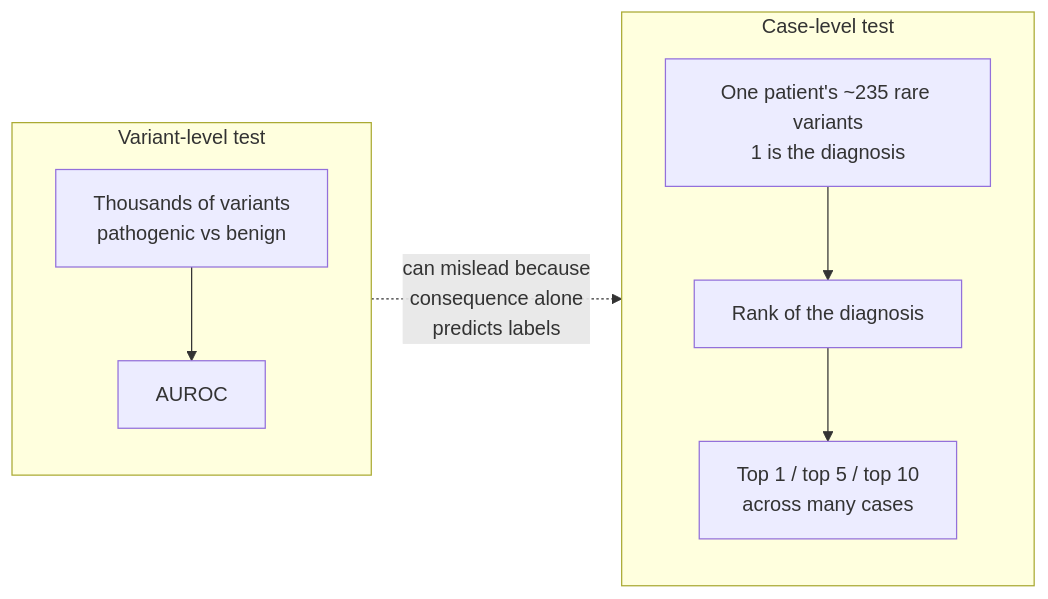
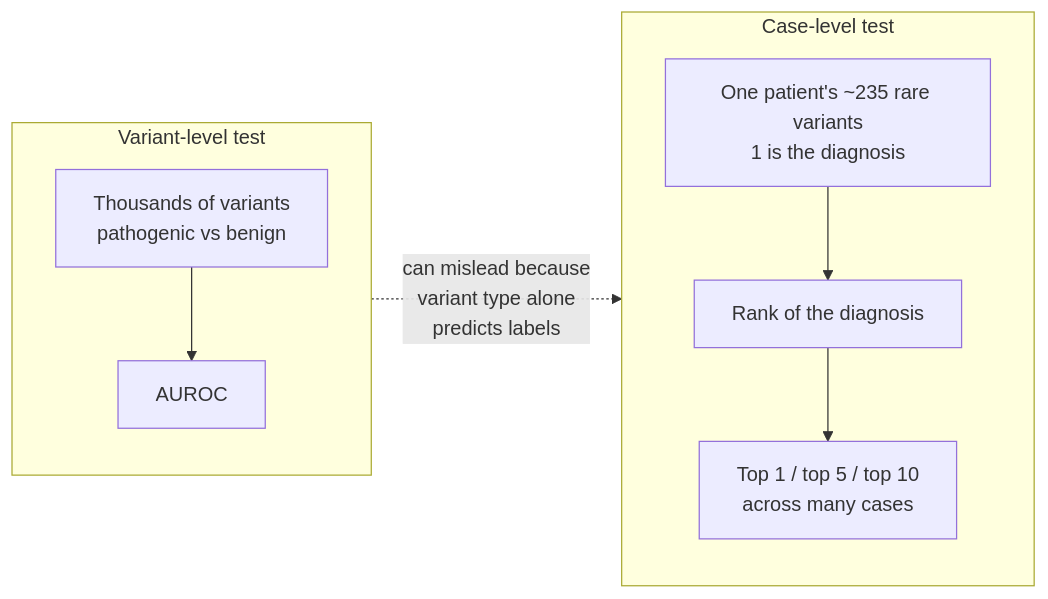
Before and after one commit to rewire-bio/amp-2026-studies: the fourth of 16 diagrams in GUIDE.md, drawn with Mermaid. The commit also changed other lines of this file and 1 other file, not shown here.

````diff
--- a/GUIDE.md
+++ b/GUIDE.md
@@ -113,12 +127,12 @@
 ```mermaid
 flowchart LR
     subgraph v["Variant-level test"]
         direction TB
         a["Thousands of variants<br/>pathogenic vs benign"] --> au["AUROC"]
     end
     subgraph c["Case-level test"]
         direction TB
         b["One patient's ~235 rare variants<br/>1 is the diagnosis"] --> rk["Rank of the diagnosis"] --> tk["Top 1 / top 5 / top 10<br/>across many cases"]
     end
-    v -.->|"can mislead because<br/>consequence alone<br/>predicts labels"| c
+    v -.->|"can mislead because<br/>variant type alone<br/>predicts labels"| c
 ```
````
